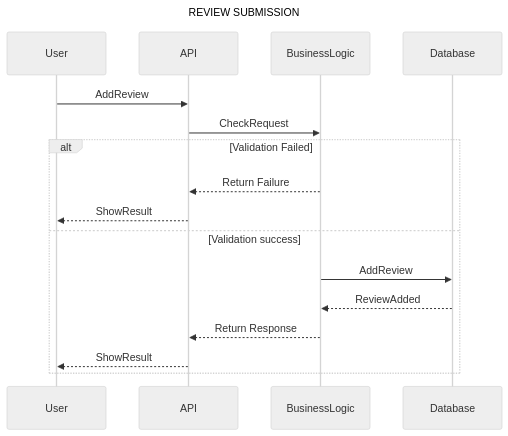
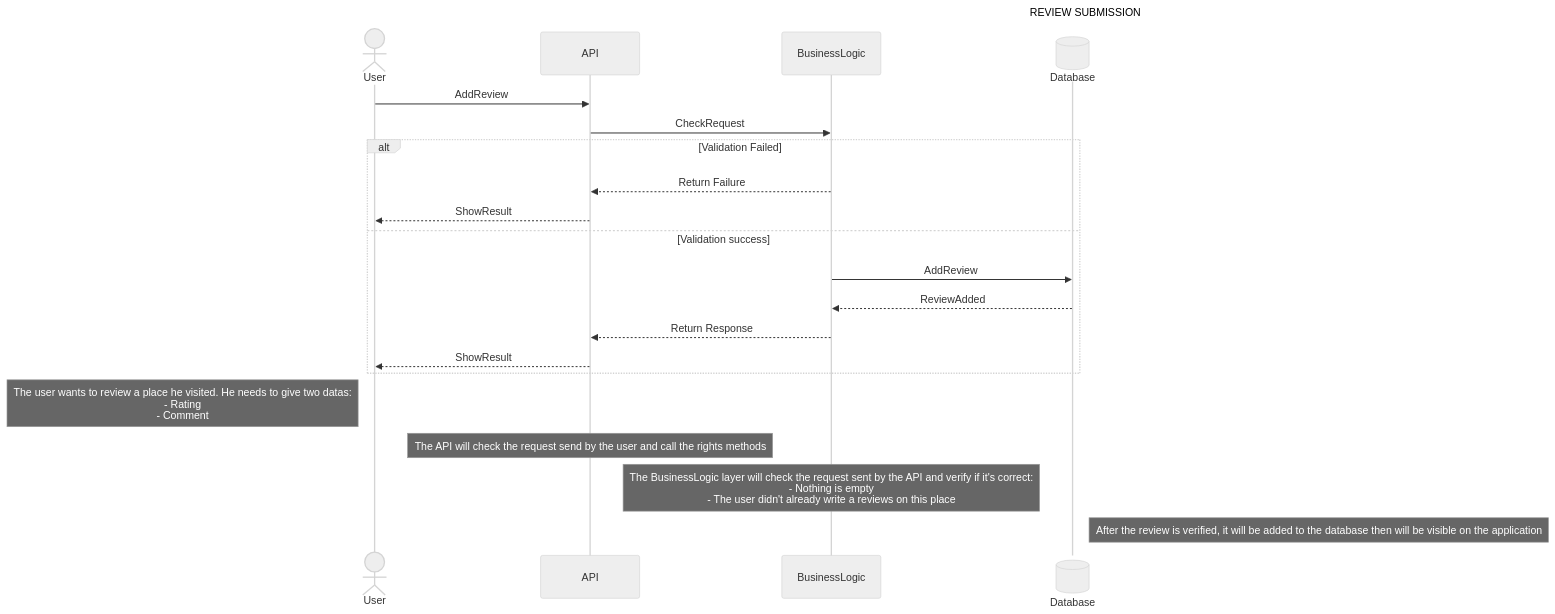
One commit to EnzoMessaoudi/holbertonschool-hbnb changed the diagram in part1/Sequence_Diagram_Review_Submission.mermaid. Above: the diagram before and after it, drawn with Mermaid.

Commit message:
ADD comments

```diff
--- a/part1/Sequence_Diagram_Review_Submission.mermaid
+++ b/part1/Sequence_Diagram_Review_Submission.mermaid
@@ -1,21 +1,29 @@
 %%{ init : { "theme": "neutral" } }%%
 
 sequenceDiagram
 title REVIEW SUBMISSION
-participant User
+actor User 
 participant API
 participant BusinessLogic
-participant Database
+participant Database@{ "type" : "database" }
 
 User->>API: AddReview
 API->>BusinessLogic: CheckRequest
 
 alt Validation Failed
     BusinessLogic-->>API: Return Failure
     API-->>User: ShowResult
 else Validation success
     BusinessLogic->>Database: AddReview
     Database-->>BusinessLogic: ReviewAdded
     BusinessLogic-->>API: Return Response
     API-->>User: ShowResult
 end
+
+Note left of User: The user wants to review a place he visited. He needs to give two datas:<br/>- Rating<br/>- Comment
+
+Note over API: The API will check the request send by the user and call the rights methods
+
+Note over BusinessLogic: The BusinessLogic layer will check the request sent by the API and verify if it's correct:<br/>- Nothing is empty<br/>- The user didn't already write a reviews on this place
+
+Note right of Database:After the review is verified, it will be added to the database then will be visible on the application
```
